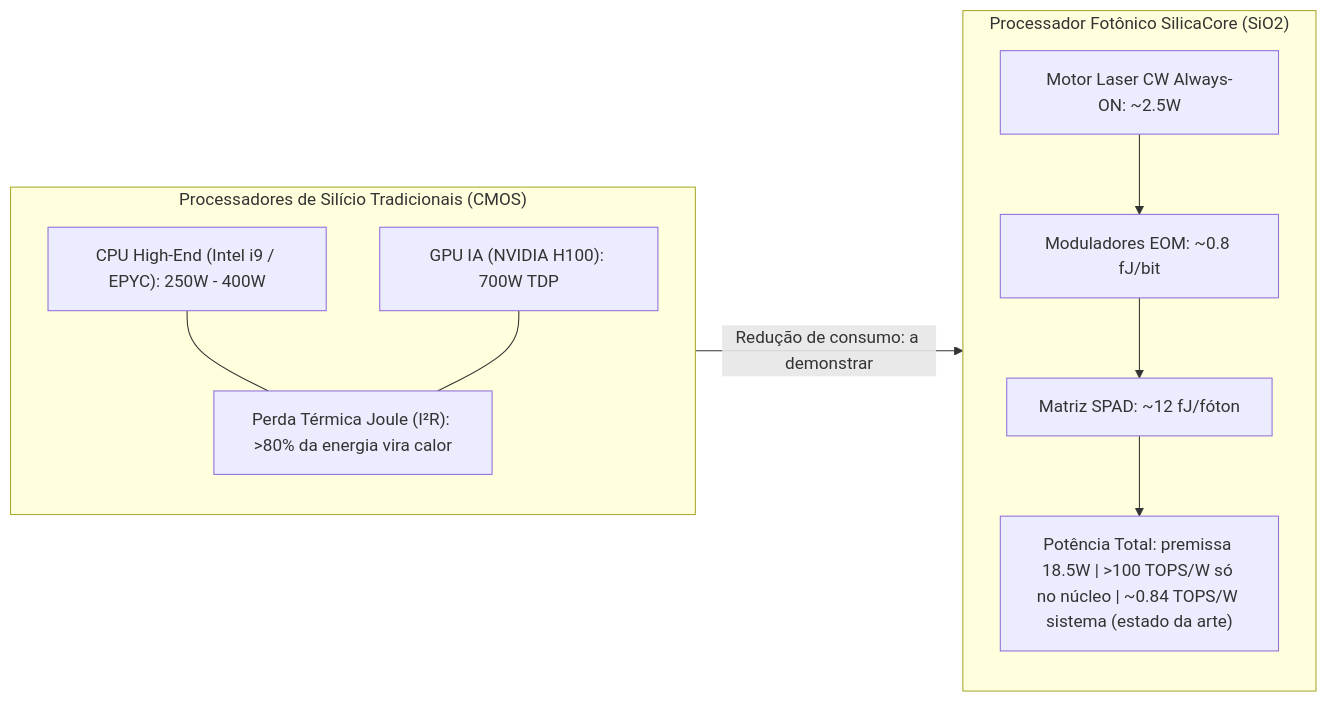
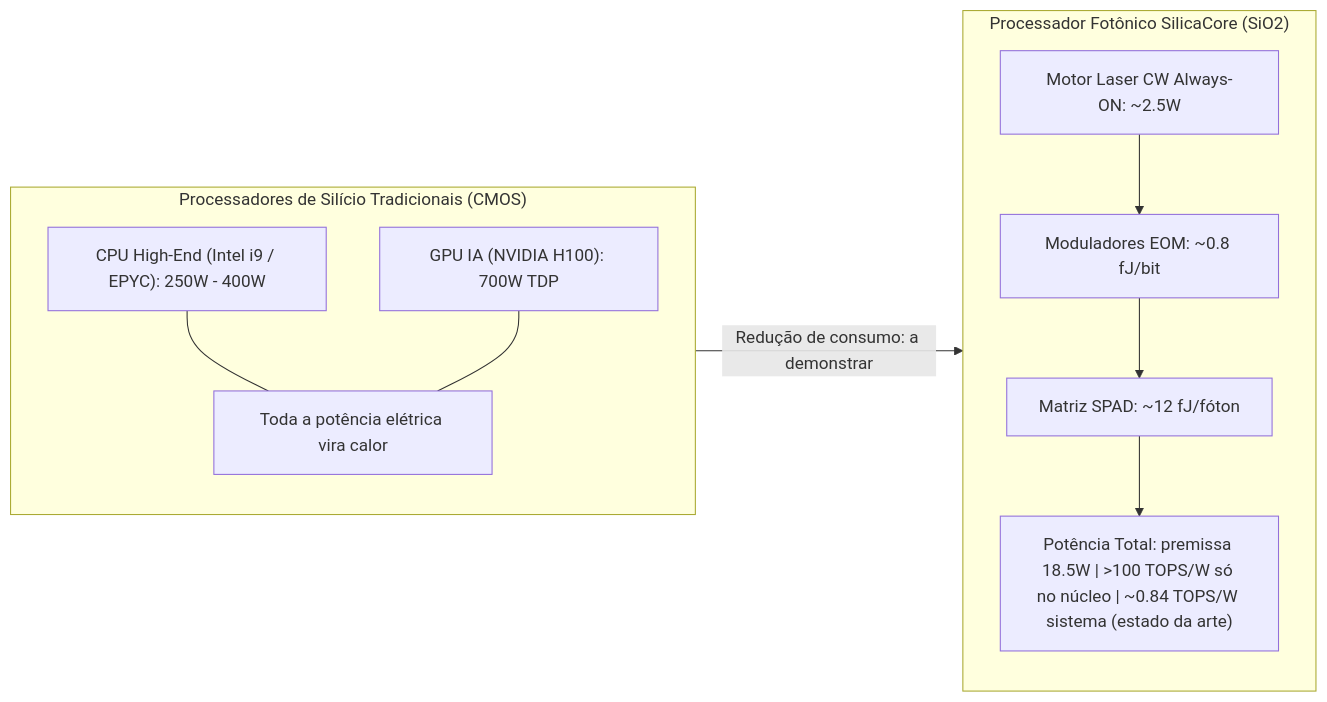
One commit to Roliveira96/SilicaCore changed the diagram in docs/architecture/10-consumo-energetico-e-comparativo-silicio.md. Above: the diagram before and after it, drawn with Mermaid. The commit also changed other lines of this file and 18 other files, not shown here.

````diff
--- a/docs/architecture/10-consumo-energetico-e-comparativo-silicio.md
+++ b/docs/architecture/10-consumo-energetico-e-comparativo-silicio.md
@@ -69,22 +71,22 @@
 ```mermaid
 flowchart LR
     subgraph SilícioCMOS["Processadores de Silício Tradicionais (CMOS)"]
         direction TB
         CPU["CPU High-End (Intel i9 / EPYC): 250W - 400W"]
         GPU["GPU IA (NVIDIA H100): 700W TDP"]
-        Heat["Perda Térmica Joule (I²R): >80% da energia vira calor"]
+        Heat["Toda a potência elétrica vira calor"]
         CPU --- Heat
         GPU --- Heat
     end
 
     subgraph SilicaCoreOptics["Processador Fotônico SilicaCore (SiO2)"]
         direction TB
         CWLaser["Motor Laser CW Always-ON: ~2.5W"]
         EOM["Moduladores EOM: ~0.8 fJ/bit"]
         SPAD["Matriz SPAD: ~12 fJ/fóton"]
         TotalOptics["Potência Total: premissa 18.5W | >100 TOPS/W só no núcleo | ~0.84 TOPS/W sistema (estado da arte)"]
         CWLaser --> EOM --> SPAD --> TotalOptics
     end
 
     SilícioCMOS -- "Redução de consumo: a demonstrar" --> SilicaCoreOptics
 ```
````
